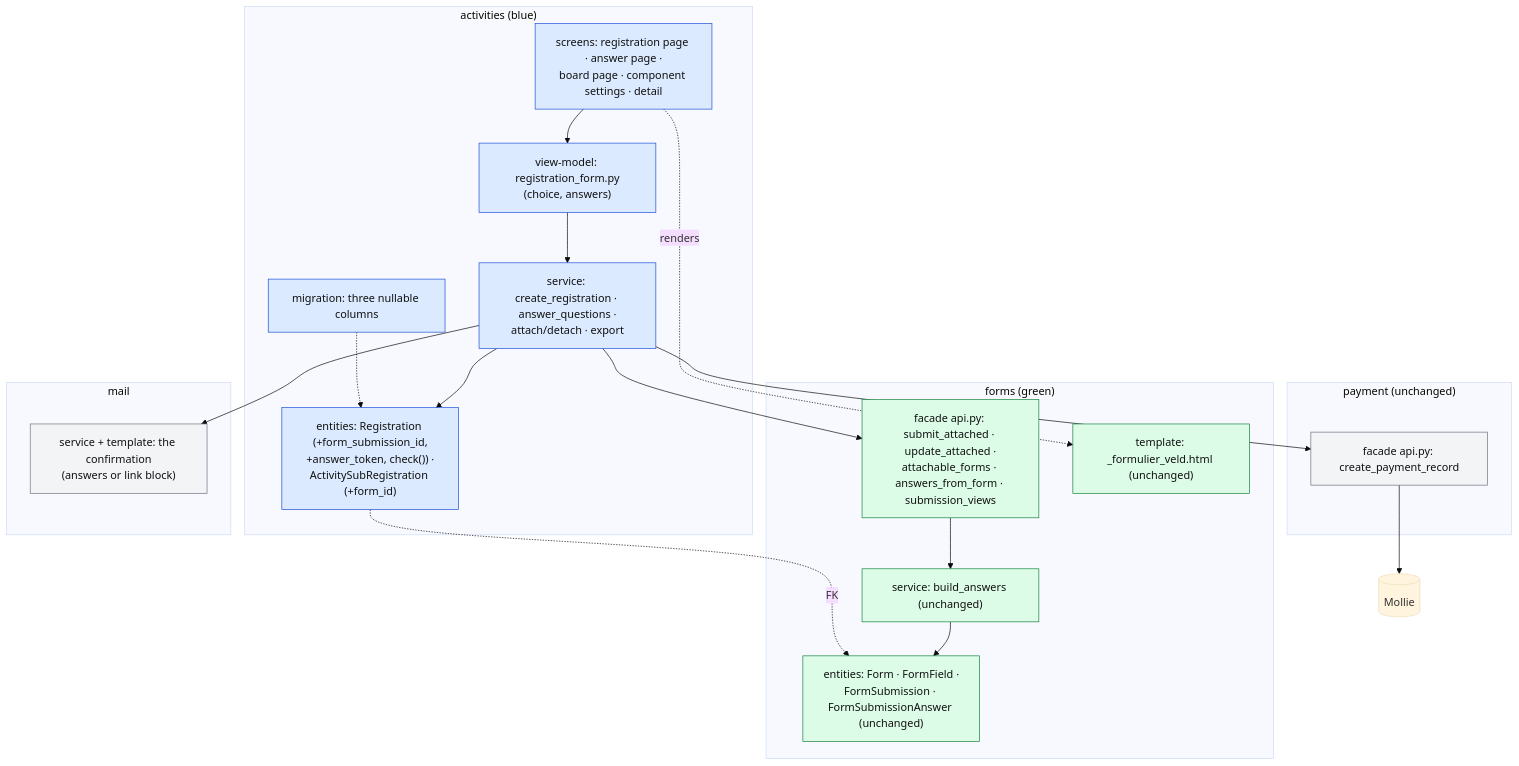
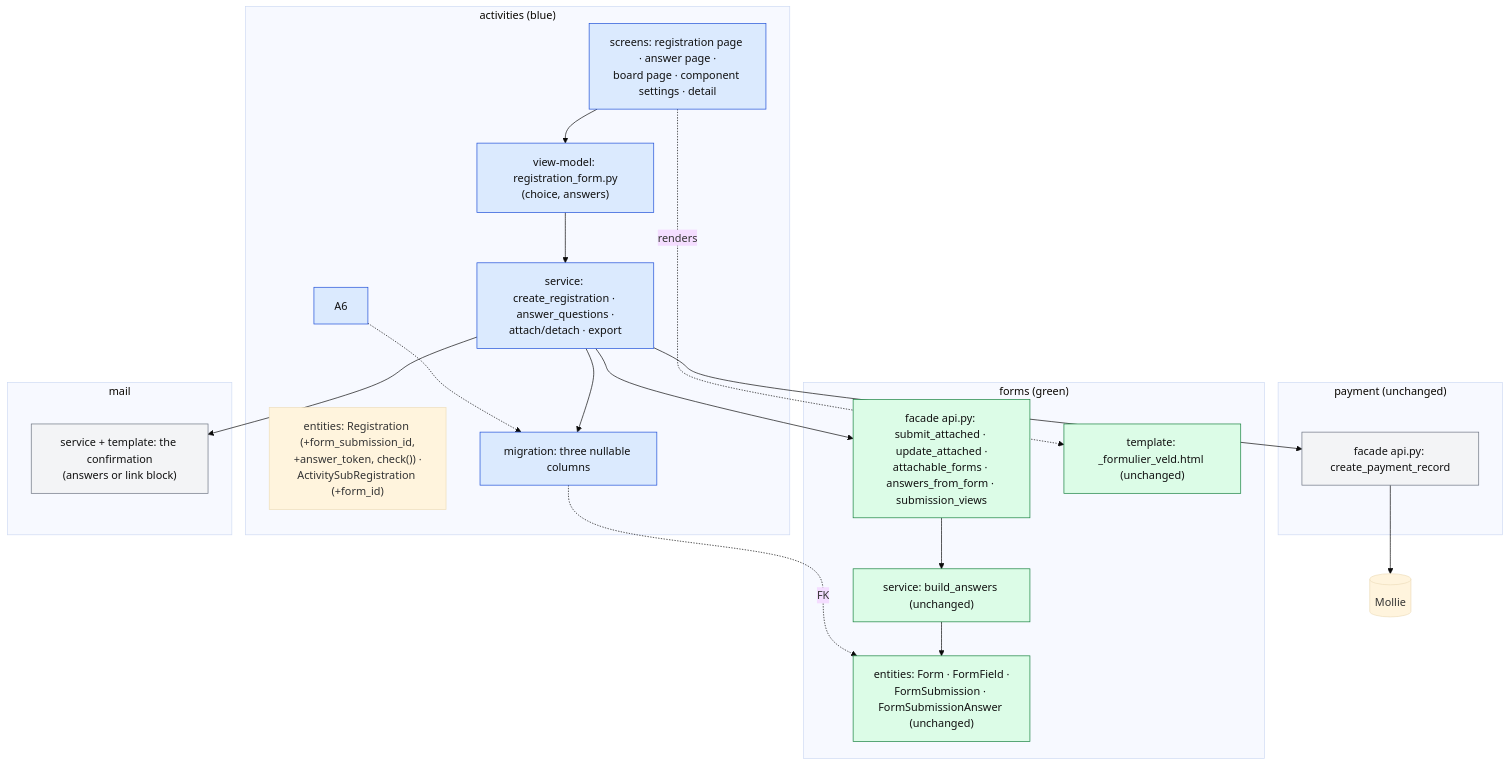
The fifth of 6 diagrams in docs/change_request_14_registration_questions.md (KoenRenders/KoenTest), drawn with Mermaid (base theme) before and after one commit. The commit also changed other lines of this file and 1 other file, not shown here.

````diff
--- a/docs/change_request_14_registration_questions.md
+++ b/docs/change_request_14_registration_questions.md
@@ -401,38 +414,38 @@
 ```mermaid
 flowchart TB
   subgraph activities["activities (blue)"]
     A1["screens: registration page · answer page ·<br/>board page · component settings · detail"]
     A2["view-model: registration_form.py<br/>(choice, answers)"]
     A3["service: create_registration · answer_questions ·<br/>attach/detach · export"]
     A4["entities: Registration (+form_submission_id,<br/>+answer_token, check()) ·<br/>ActivitySubRegistration (+form_id)"]
     A5["migration: three nullable columns"]
-    A1 --> A2 --> A3 --> A4
-    A5 -.-> A4
+    A1 --> A2 --> A3 --> A5
+    A6 -.-> A5
   end
   subgraph forms["forms (green)"]
     F1["facade api.py: submit_attached · update_attached ·<br/>attachable_forms · answers_from_form · submission_views"]
     F2["service: build_answers (unchanged)"]
     F3["entities: Form · FormField ·<br/>FormSubmission · FormSubmissionAnswer (unchanged)"]
     F4["template: _formulier_veld.html (unchanged)"]
     F1 --> F2 --> F3
   end
   subgraph payment["payment (unchanged)"]
     P1["facade api.py: create_payment_record"]
   end
   subgraph mail["mail"]
     M1["service + template: the confirmation<br/>(answers or link block)"]
   end
   MOL[(Mollie)]
   A3 --> F1
   A3 --> P1
   A3 --> M1
   A1 -. renders .-> F4
-  A4 -. FK .-> F3
+  A5 -. FK .-> F3
   P1 --> MOL
   classDef act fill:#dbeafe,stroke:#1d4ed8,color:#111
   classDef frm fill:#dcfce7,stroke:#15803d,color:#111
   classDef oth fill:#f3f4f6,stroke:#6b7280,color:#111
-  class A1,A2,A3,A4,A5 act
+  class A1,A2,A3,A5,A6 act
   class F1,F2,F3,F4 frm
   class P1,M1 oth
 ```
````
